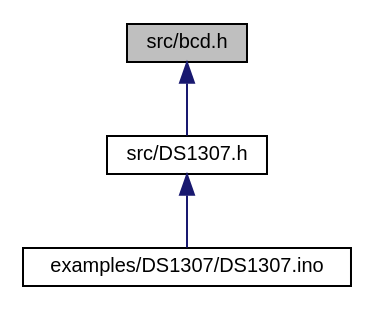
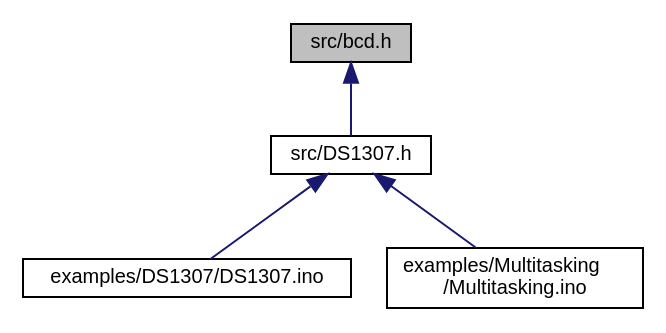
Before and after one commit to mikaelpatel/mikaelpatel.github.io: the diagram in Arduino-TWI/d9/d4f/bcd_8h__dep__incl.dot, drawn with Graphviz. The commit also changed 170 other files, not shown here.

```diff
--- a/Arduino-TWI/d9/d4f/bcd_8h__dep__incl.dot
+++ b/Arduino-TWI/d9/d4f/bcd_8h__dep__incl.dot
@@ -1,10 +1,12 @@
 digraph "src/bcd.h"
 {
   edge [fontname="Helvetica",fontsize="10",labelfontname="Helvetica",labelfontsize="10"];
   node [fontname="Helvetica",fontsize="10",shape=record];
   Node1 [label="src/bcd.h",height=0.2,width=0.4,color="black", fillcolor="grey75", style="filled", fontcolor="black"];
   Node1 -> Node2 [dir="back",color="midnightblue",fontsize="10",style="solid",fontname="Helvetica"];
   Node2 [label="src/DS1307.h",height=0.2,width=0.4,color="black", fillcolor="white", style="filled",URL="$de/dba/DS1307_8h.html"];
   Node2 -> Node3 [dir="back",color="midnightblue",fontsize="10",style="solid",fontname="Helvetica"];
   Node3 [label="examples/DS1307/DS1307.ino",height=0.2,width=0.4,color="black", fillcolor="white", style="filled",URL="$d3/d10/DS1307_8ino.html"];
+  Node2 -> Node4 [dir="back",color="midnightblue",fontsize="10",style="solid",fontname="Helvetica"];
+  Node4 [label="examples/Multitasking\l/Multitasking.ino",height=0.2,width=0.4,color="black", fillcolor="white", style="filled",URL="$d0/df3/Multitasking_8ino.html"];
 }
```
